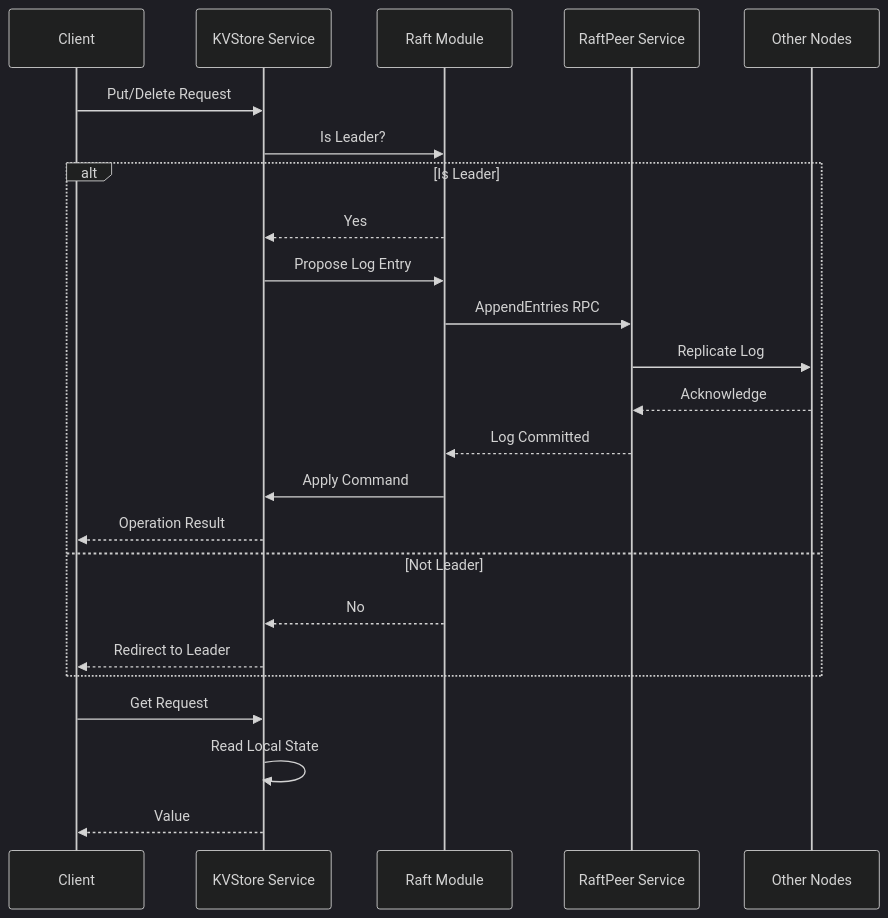
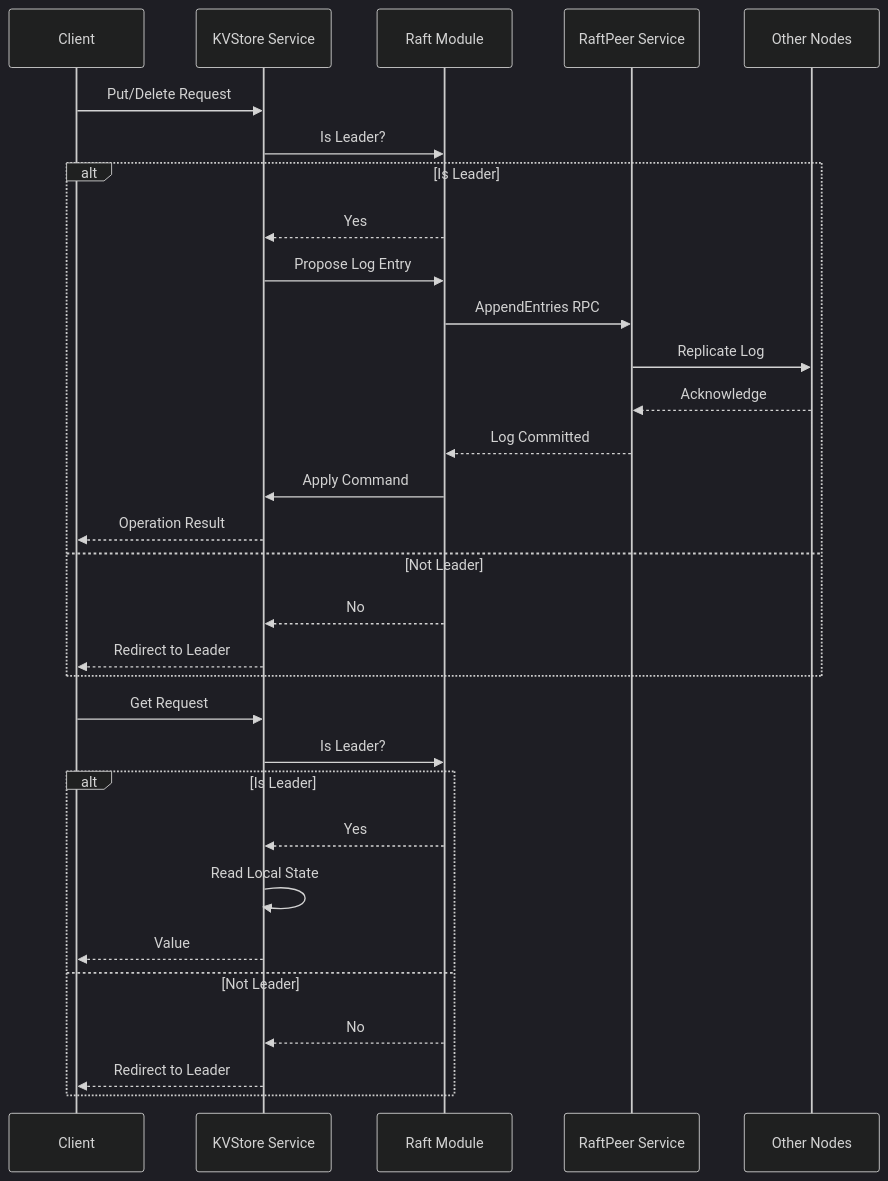
The diagram in README.md (Vismay-dev/kv-store-raft), drawn with Mermaid (dark theme) before and after one commit. The commit also changed 9 other files, not shown here.

Commit message:
feat(kv-store): implemented raft and kvstore interaction

````diff
--- a/README.md
+++ b/README.md
@@ -19,28 +19,35 @@
 ```mermaid
 sequenceDiagram
     participant Client
     participant KVStore Service
     participant Raft Module
     participant RaftPeer Service
     participant Other Nodes
 
     Client->>KVStore Service: Put/Delete Request
     KVStore Service->>Raft Module: Is Leader?
     alt Is Leader
         Raft Module-->>KVStore Service: Yes
         KVStore Service->>Raft Module: Propose Log Entry
         Raft Module->>RaftPeer Service: AppendEntries RPC
         RaftPeer Service->>Other Nodes: Replicate Log
         Other Nodes-->>RaftPeer Service: Acknowledge
         RaftPeer Service-->>Raft Module: Log Committed
         Raft Module->>KVStore Service: Apply Command
         KVStore Service-->>Client: Operation Result
     else Not Leader
         Raft Module-->>KVStore Service: No
         KVStore Service-->>Client: Redirect to Leader
     end
 
     Client->>KVStore Service: Get Request
-    KVStore Service->>KVStore Service: Read Local State
-    KVStore Service-->>Client: Value
+    KVStore Service->>Raft Module: Is Leader?
+    alt Is Leader
+        Raft Module-->>KVStore Service: Yes
+        KVStore Service->>KVStore Service: Read Local State
+        KVStore Service-->>Client: Value
+    else Not Leader
+        Raft Module-->>KVStore Service: No
+        KVStore Service-->>Client: Redirect to Leader
+    end
 ```
````
